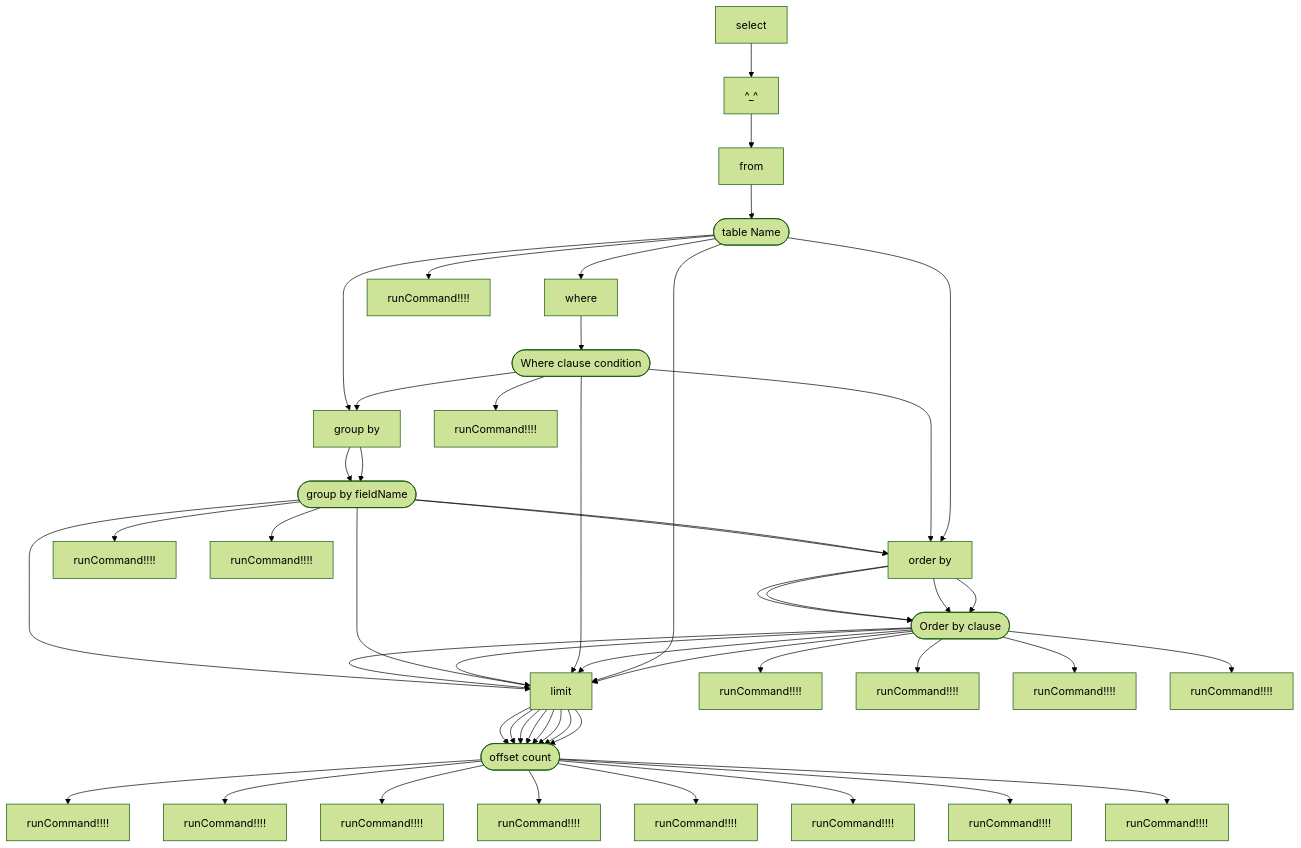
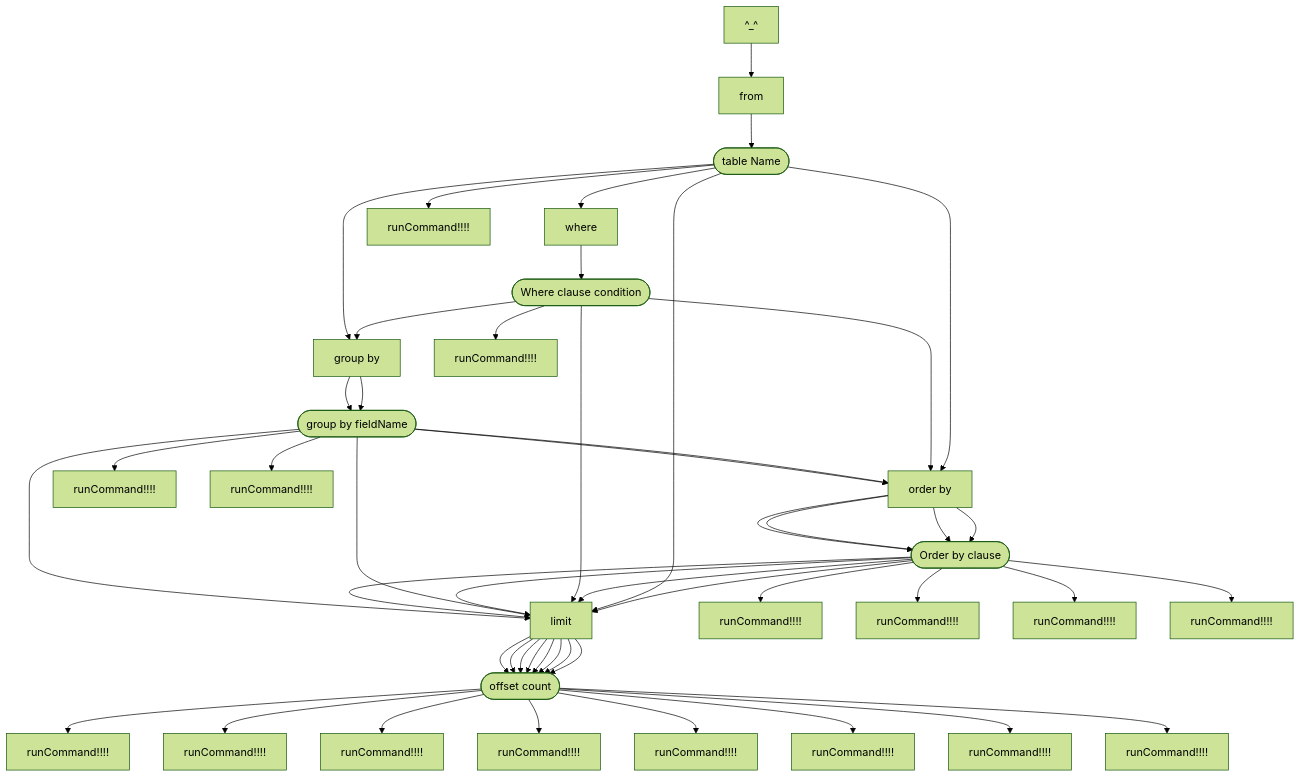
The diagram in Test.md (BeardedManZhao/Gravel-Grammar), drawn with Mermaid (forest theme) before and after one commit. The commit also changed 15 other files, not shown here.

````diff
--- a/Test.md
+++ b/Test.md
@@ -1,53 +1,52 @@
 ```mermaid
 graph BR
-1.57627094E8[select] --> 1.349414238E9[^_^]
-1.349414238E9[^_^] --> 7.18231523E8[from]
-7.18231523E8[from] --> 7.62218386E8[^_^]
-7.62218386E8[^_^] --> 2.114889273E9[order by]
-2.114889273E9[order by] --> 3.98887205E8[^_^]
-3.98887205E8[^_^] --> 1.468177767E9[limit]
-1.468177767E9[limit] --> 8.1840387E8[^_^]
-8.1840387E8([offset count]) --> 0.919982455950081[runCommand!!!!]
-3.98887205E8([Order by clause]) --> 0.7992624704219848[runCommand!!!!]
-7.62218386E8[^_^] --> 1.468177767E9[limit]
-1.468177767E9[limit] --> 8.1840387E8[^_^]
-8.1840387E8([offset count]) --> 0.6866583242846899[runCommand!!!!]
-7.62218386E8[^_^] --> 6.72320506E8[where]
-6.72320506E8[where] --> 1.873653341E9[^_^]
-1.873653341E9[^_^] --> 2.114889273E9[order by]
-2.114889273E9[order by] --> 3.98887205E8[^_^]
-3.98887205E8[^_^] --> 1.468177767E9[limit]
-1.468177767E9[limit] --> 8.1840387E8[^_^]
-8.1840387E8([offset count]) --> 0.8726425652374667[runCommand!!!!]
-3.98887205E8([Order by clause]) --> 0.2928444059687989[runCommand!!!!]
-1.873653341E9[^_^] --> 1.468177767E9[limit]
-1.468177767E9[limit] --> 8.1840387E8[^_^]
-8.1840387E8([offset count]) --> 0.4495766946756158[runCommand!!!!]
-1.873653341E9[^_^] --> 2.047526627E9[group by]
-2.047526627E9[group by] --> 1.504109395E9[^_^]
-1.504109395E9[^_^] --> 2.114889273E9[order by]
-2.114889273E9[order by] --> 3.98887205E8[^_^]
-3.98887205E8[^_^] --> 1.468177767E9[limit]
-1.468177767E9[limit] --> 8.1840387E8[^_^]
-8.1840387E8([offset count]) --> 0.5635442276957042[runCommand!!!!]
-3.98887205E8([Order by clause]) --> 0.8472425828388712[runCommand!!!!]
-1.504109395E9[^_^] --> 1.468177767E9[limit]
-1.468177767E9[limit] --> 8.1840387E8[^_^]
-8.1840387E8([offset count]) --> 0.1758383191325653[runCommand!!!!]
-1.504109395E9([group by fieldName]) --> 0.38217292476174347[runCommand!!!!]
-1.873653341E9([Where clause condition]) --> 0.019860592025808477[runCommand!!!!]
-7.62218386E8[^_^] --> 2.047526627E9[group by]
-2.047526627E9[group by] --> 1.504109395E9[^_^]
-1.504109395E9[^_^] --> 2.114889273E9[order by]
-2.114889273E9[order by] --> 3.98887205E8[^_^]
-3.98887205E8[^_^] --> 1.468177767E9[limit]
-1.468177767E9[limit] --> 8.1840387E8[^_^]
-8.1840387E8([offset count]) --> 0.9564024865199348[runCommand!!!!]
-3.98887205E8([Order by clause]) --> 0.5991015833842148[runCommand!!!!]
-1.504109395E9[^_^] --> 1.468177767E9[limit]
-1.468177767E9[limit] --> 8.1840387E8[^_^]
-8.1840387E8([offset count]) --> 0.29329222628640594[runCommand!!!!]
-1.504109395E9([group by fieldName]) --> 0.41380814015263223[runCommand!!!!]
-7.62218386E8([table Name]) --> 0.46926331425494516[runCommand!!!!]
+1.504109395E9[^_^] --> 1.025799482E9[from]
+1.025799482E9[from] --> 3.98887205E8[^_^]
+3.98887205E8[^_^] --> 9.68514068E8[order by]
+9.68514068E8[order by] --> 9.20011586E8[^_^]
+9.20011586E8[^_^] --> 1.06083084E9[limit]
+1.06083084E9[limit] --> 1.9138215E8[^_^]
+1.9138215E8([offset count]) --> 0.9243211251005466[runCommand!!!!]
+9.20011586E8([Order by clause]) --> 0.06365561893621874[runCommand!!!!]
+3.98887205E8[^_^] --> 1.06083084E9[limit]
+1.06083084E9[limit] --> 1.9138215E8[^_^]
+1.9138215E8([offset count]) --> 0.30874954641330543[runCommand!!!!]
+3.98887205E8[^_^] --> 2.114889273E9[where]
+2.114889273E9[where] --> 1.468177767E9[^_^]
+1.468177767E9[^_^] --> 9.68514068E8[order by]
+9.68514068E8[order by] --> 9.20011586E8[^_^]
+9.20011586E8[^_^] --> 1.06083084E9[limit]
+1.06083084E9[limit] --> 1.9138215E8[^_^]
+1.9138215E8([offset count]) --> 0.3114437179351619[runCommand!!!!]
+9.20011586E8([Order by clause]) --> 0.4433237412586828[runCommand!!!!]
+1.468177767E9[^_^] --> 1.06083084E9[limit]
+1.06083084E9[limit] --> 1.9138215E8[^_^]
+1.9138215E8([offset count]) --> 0.8945929640975188[runCommand!!!!]
+1.468177767E9[^_^] --> 8.1840387E8[group by]
+8.1840387E8[group by] --> 8.73415566E8[^_^]
+8.73415566E8[^_^] --> 9.68514068E8[order by]
+9.68514068E8[order by] --> 9.20011586E8[^_^]
+9.20011586E8[^_^] --> 1.06083084E9[limit]
+1.06083084E9[limit] --> 1.9138215E8[^_^]
+1.9138215E8([offset count]) --> 0.9748091554547981[runCommand!!!!]
+9.20011586E8([Order by clause]) --> 0.6043161475706963[runCommand!!!!]
+8.73415566E8[^_^] --> 1.06083084E9[limit]
+1.06083084E9[limit] --> 1.9138215E8[^_^]
+1.9138215E8([offset count]) --> 0.2905134391097378[runCommand!!!!]
+8.73415566E8([group by fieldName]) --> 0.6325234528165031[runCommand!!!!]
+1.468177767E9([Where clause condition]) --> 0.43649949876056415[runCommand!!!!]
+3.98887205E8[^_^] --> 8.1840387E8[group by]
+8.1840387E8[group by] --> 8.73415566E8[^_^]
+8.73415566E8[^_^] --> 9.68514068E8[order by]
+9.68514068E8[order by] --> 9.20011586E8[^_^]
+9.20011586E8[^_^] --> 1.06083084E9[limit]
+1.06083084E9[limit] --> 1.9138215E8[^_^]
+1.9138215E8([offset count]) --> 0.209542348343146[runCommand!!!!]
+9.20011586E8([Order by clause]) --> 0.6000846139994046[runCommand!!!!]
+8.73415566E8[^_^] --> 1.06083084E9[limit]
+1.06083084E9[limit] --> 1.9138215E8[^_^]
+1.9138215E8([offset count]) --> 0.15716471712466173[runCommand!!!!]
+8.73415566E8([group by fieldName]) --> 0.7830938815758041[runCommand!!!!]
+3.98887205E8([table Name]) --> 0.3966312820590199[runCommand!!!!]
 
 ```
````
